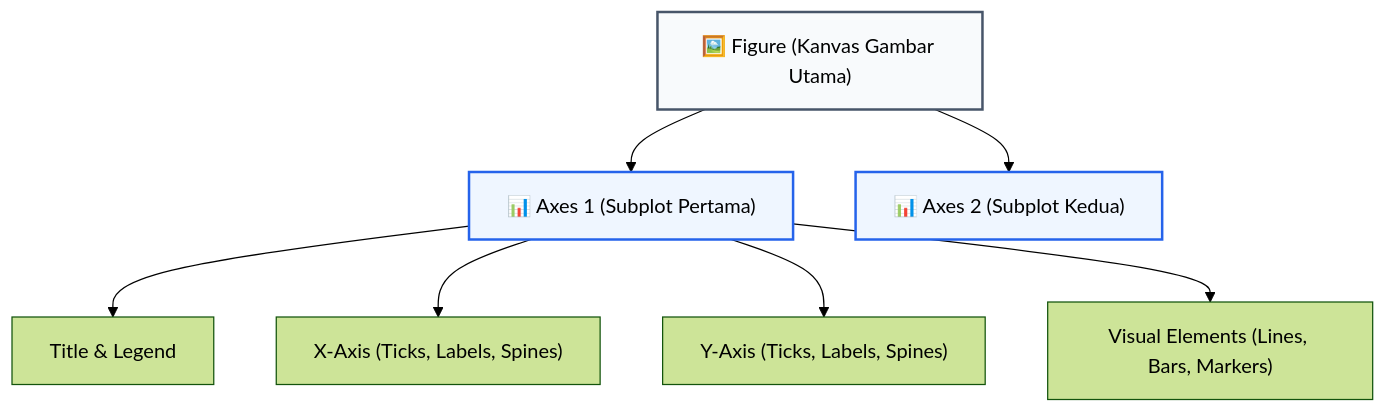
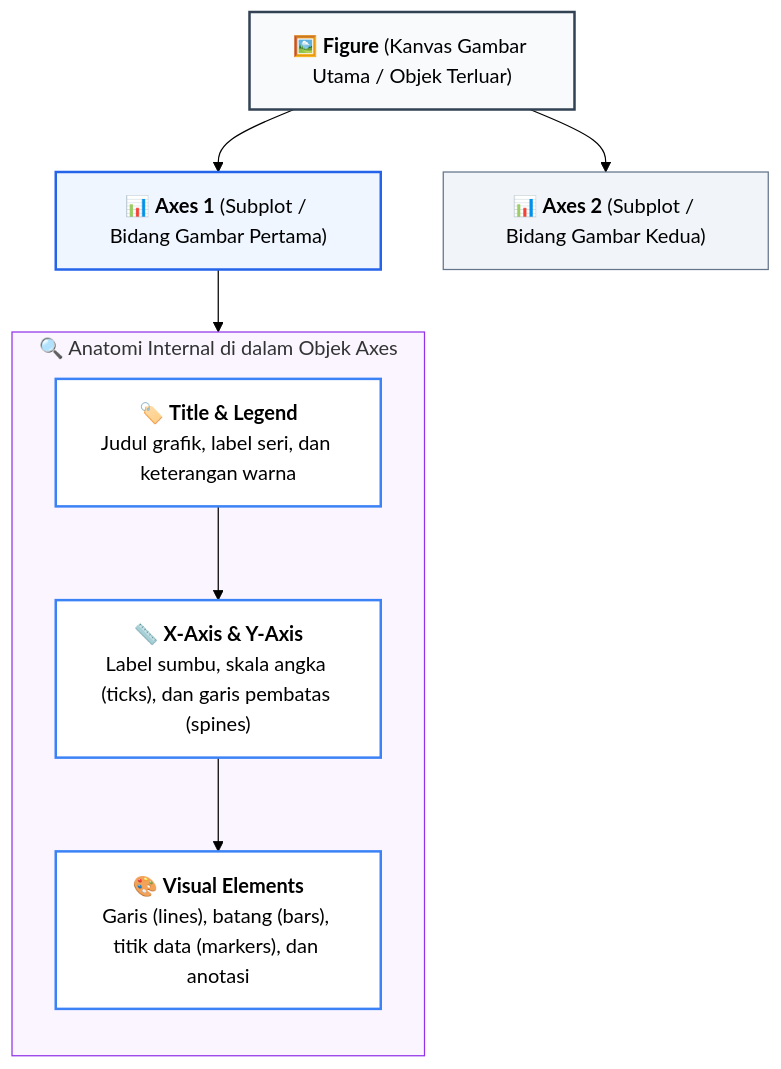
One commit to mahendaruui/Perkuliahan changed the diagram in docs/visualisasi-data/05-matplotlib-fundamental.md. Above: the diagram before and after it, drawn with Mermaid (forest theme). The commit also changed 3 other files, not shown here.

Commit message:
feat: enhance and standardize documentation Mermaid diagrams across visual data modules

````diff
--- a/docs/visualisasi-data/05-matplotlib-fundamental.md
+++ b/docs/visualisasi-data/05-matplotlib-fundamental.md
@@ -16,13 +16,25 @@
 ```mermaid
 flowchart TD
-    Figure["🖼️ Figure (Kanvas Gambar Utama)"] --> Axes1["📊 Axes 1 (Subplot Pertama)"]
-    Figure --> Axes2["📊 Axes 2 (Subplot Kedua)"]
-    Axes1 --> Title["Title & Legend"]
-    Axes1 --> XAxis["X-Axis (Ticks, Labels, Spines)"]
-    Axes1 --> YAxis["Y-Axis (Ticks, Labels, Spines)"]
-    Axes1 --> Elements["Visual Elements (Lines, Bars, Markers)"]
+    Figure["🖼️ <b>Figure</b> (Kanvas Gambar Utama / Objek Terluar)"]
+    
+    Figure --> Axes1["📊 <b>Axes 1</b> (Subplot / Bidang Gambar Pertama)"]
+    Figure --> Axes2["📊 <b>Axes 2</b> (Subplot / Bidang Gambar Kedua)"]
 
-    style Figure fill:#f8fafc,stroke:#475569,stroke-width:2px
+    subgraph AnatomiAxes["🔍 Anatomi Internal di dalam Objek Axes"]
+        direction TB
+        Title["🏷️ <b>Title & Legend</b><br>Judul grafik, label seri, dan keterangan warna"]
+        Axis["📏 <b>X-Axis & Y-Axis</b><br>Label sumbu, skala angka (ticks), dan garis pembatas (spines)"]
+        Elements["🎨 <b>Visual Elements</b><br>Garis (lines), batang (bars), titik data (markers), dan anotasi"]
+    end
+
+    Axes1 --> AnatomiAxes
+    Title --> Axis --> Elements
+
+    style Figure fill:#f8fafc,stroke:#334155,stroke-width:2px
     style Axes1 fill:#eff6ff,stroke:#2563eb,stroke-width:2px
-    style Axes2 fill:#eff6ff,stroke:#2563eb,stroke-width:2px
+    style Axes2 fill:#f1f5f9,stroke:#64748b,stroke-width:1px
+    style AnatomiAxes fill:#faf5ff,stroke:#9333ea,stroke-width:1px
+    style Title fill:#ffffff,stroke:#3b82f6,stroke-width:2px
+    style Axis fill:#ffffff,stroke:#3b82f6,stroke-width:2px
+    style Elements fill:#ffffff,stroke:#3b82f6,stroke-width:2px
 ```
````
